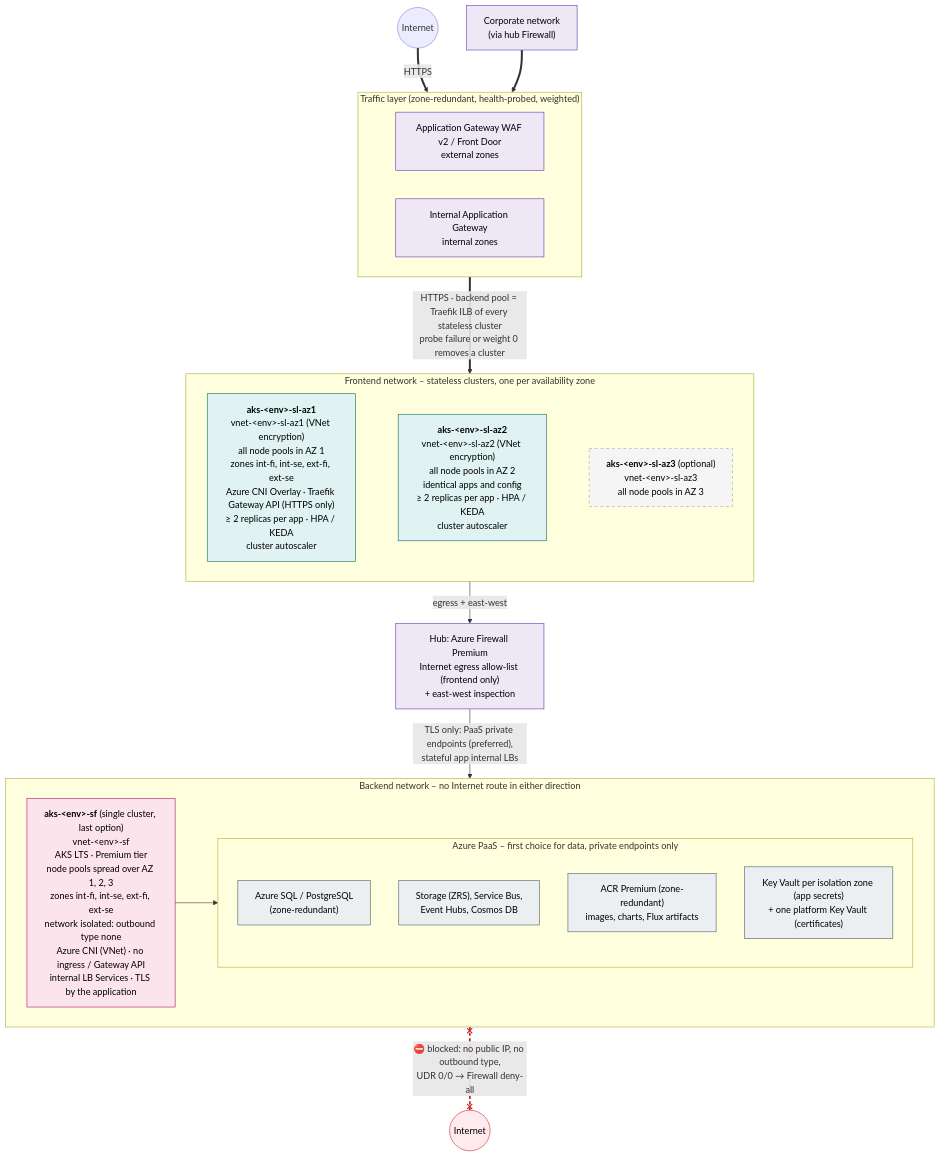
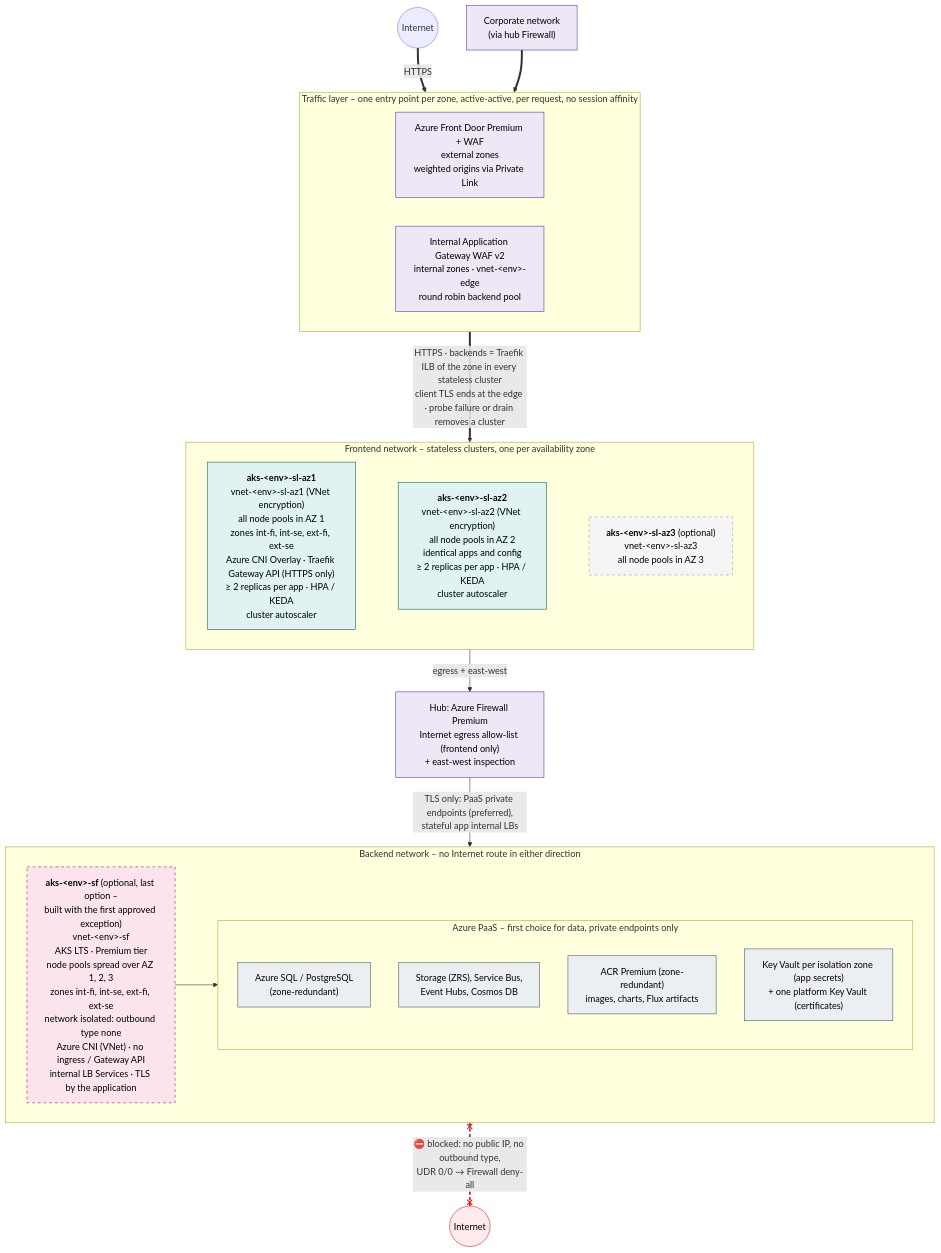
The diagram in diagrams/08-cluster-topology.mmd (olljanat-ai/aks-design), drawn with Mermaid before and after one commit. The commit also changed 10 other files, not shown here.

First line of the commit message:
Describe ingress traffic and make the stateful cluster optional

```diff
--- a/diagrams/08-cluster-topology.mmd
+++ b/diagrams/08-cluster-topology.mmd
@@ -1,58 +1,58 @@
 %% Cluster topology of ONE environment (dev, acc and prd are identical): zonal stateless clusters in the
-%% frontend network, one zone-redundant stateful cluster in the backend network next to the Azure PaaS services.
+%% frontend network, an optional zone-redundant stateful cluster in the backend network next to the Azure PaaS services.
 flowchart TB
     internet(("Internet"))
     corp["Corporate network<br/>(via hub Firewall)"]
 
-    subgraph EDGE["Traffic layer (zone-redundant, health-probed, weighted)"]
+    subgraph EDGE["Traffic layer – one entry point per zone, active-active, per request, no session affinity"]
         direction LR
-        waf["Application Gateway WAF v2 / Front Door<br/>external zones"]
-        agw_in["Internal Application Gateway<br/>internal zones"]
+        waf["Azure Front Door Premium + WAF<br/>external zones<br/>weighted origins via Private Link"]
+        agw_in["Internal Application Gateway WAF v2<br/>internal zones · vnet-&lt;env&gt;-edge<br/>round robin backend pool"]
     end
 
     subgraph FRONT["Frontend network – stateless clusters, one per availability zone"]
         direction LR
         sl1["<b>aks-&lt;env&gt;-sl-az1</b><br/>vnet-&lt;env&gt;-sl-az1 (VNet encryption)<br/>all node pools in AZ 1<br/>zones int-fi, int-se, ext-fi, ext-se<br/>Azure CNI Overlay · Traefik Gateway API (HTTPS only)<br/>≥ 2 replicas per app · HPA / KEDA<br/>cluster autoscaler"]
         sl2["<b>aks-&lt;env&gt;-sl-az2</b><br/>vnet-&lt;env&gt;-sl-az2 (VNet encryption)<br/>all node pools in AZ 2<br/>identical apps and config<br/>≥ 2 replicas per app · HPA / KEDA<br/>cluster autoscaler"]
         sl3["<b>aks-&lt;env&gt;-sl-az3</b> (optional)<br/>vnet-&lt;env&gt;-sl-az3<br/>all node pools in AZ 3"]
         sl1 ~~~ sl2 ~~~ sl3
     end
 
     fw["Hub: Azure Firewall Premium<br/>Internet egress allow-list (frontend only)<br/>+ east-west inspection"]
 
     subgraph BACK["Backend network – no Internet route in either direction"]
         direction LR
-        sf["<b>aks-&lt;env&gt;-sf</b> (single cluster, last option)<br/>vnet-&lt;env&gt;-sf<br/>AKS LTS · Premium tier<br/>node pools spread over AZ 1, 2, 3<br/>zones int-fi, int-se, ext-fi, ext-se<br/>network isolated: outbound type none<br/>Azure CNI (VNet) · no ingress / Gateway API<br/>internal LB Services · TLS by the application"]
+        sf["<b>aks-&lt;env&gt;-sf</b> (optional, last option –<br/>built with the first approved exception)<br/>vnet-&lt;env&gt;-sf<br/>AKS LTS · Premium tier<br/>node pools spread over AZ 1, 2, 3<br/>zones int-fi, int-se, ext-fi, ext-se<br/>network isolated: outbound type none<br/>Azure CNI (VNet) · no ingress / Gateway API<br/>internal LB Services · TLS by the application"]
         subgraph PAAS["Azure PaaS – first choice for data, private endpoints only"]
             direction TB
             db["Azure SQL / PostgreSQL<br/>(zone-redundant)"]
             st["Storage (ZRS), Service Bus,<br/>Event Hubs, Cosmos DB"]
             acr["ACR Premium (zone-redundant)<br/>images, charts, Flux artifacts"]
             kv["Key Vault per isolation zone (app secrets)<br/>+ one platform Key Vault (certificates)"]
         end
     end
 
     blocked(("Internet"))
 
     internet ==>|"HTTPS"| waf
     corp ==> agw_in
-    EDGE ==>|"HTTPS · backend pool = Traefik ILB of every stateless cluster<br/>probe failure or weight 0 removes a cluster"| FRONT
+    EDGE ==>|"HTTPS · backends = Traefik ILB of the zone in every stateless cluster<br/>client TLS ends at the edge · probe failure or drain removes a cluster"| FRONT
     FRONT -->|"egress + east-west"| fw
     fw -->|"TLS only: PaaS private endpoints (preferred),<br/>stateful app internal LBs"| BACK
     sf --> PAAS
     BACK x-.-x|"⛔ blocked: no public IP, no outbound type,<br/>UDR 0/0 → Firewall deny-all"| blocked
 
     linkStyle 8 stroke:#c62828,stroke-width:3px,stroke-dasharray:6 4
 
     classDef hub fill:#ede7f6,stroke:#5e35b1,color:#000
     classDef sl fill:#e0f2f1,stroke:#00695c,color:#000
-    classDef sf fill:#fce4ec,stroke:#ad1457,color:#000
+    classDef sf fill:#fce4ec,stroke:#ad1457,color:#000,stroke-dasharray: 5 5
     classDef paas fill:#eceff1,stroke:#455a64,color:#000
     classDef opt fill:#f5f5f5,stroke:#9e9e9e,color:#000,stroke-dasharray: 5 5
     classDef off fill:#ffebee,stroke:#c62828,color:#000
     class fw,waf,agw_in,corp hub
     class sl1,sl2 sl
     class sl3 opt
     class sf sf
     class db,st,acr,kv paas
     class blocked off
```
